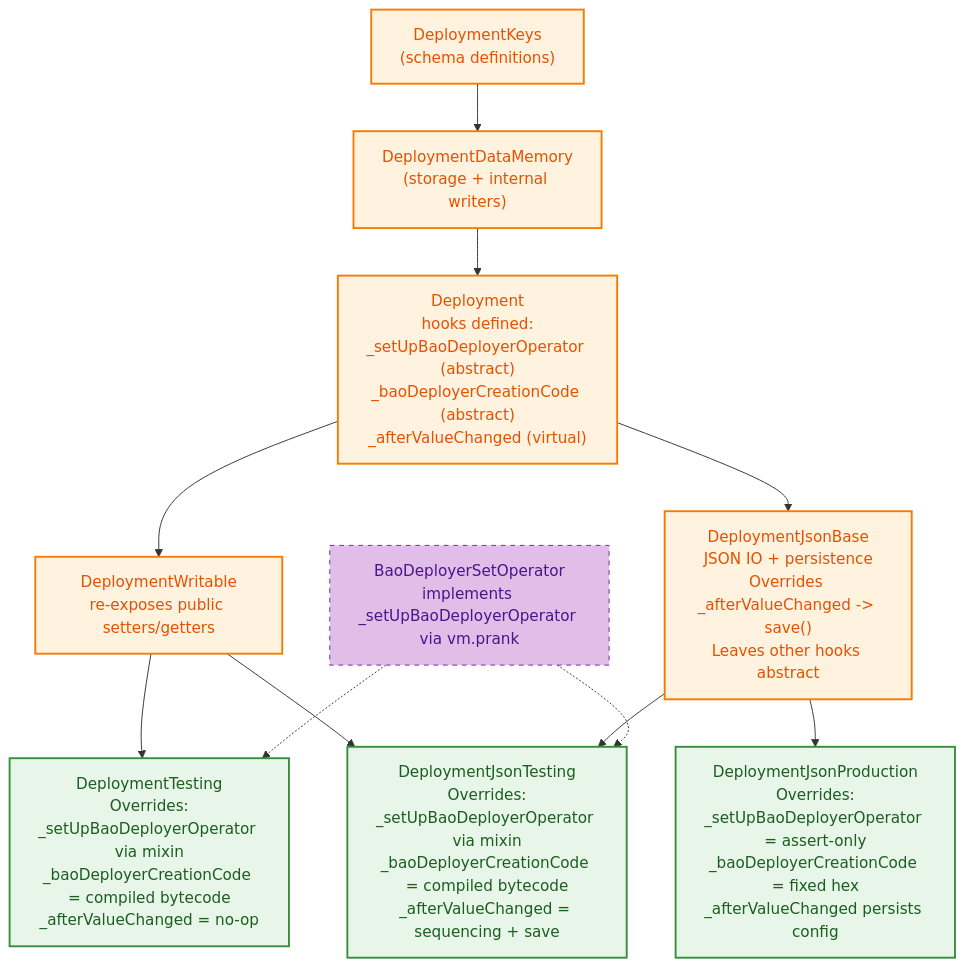
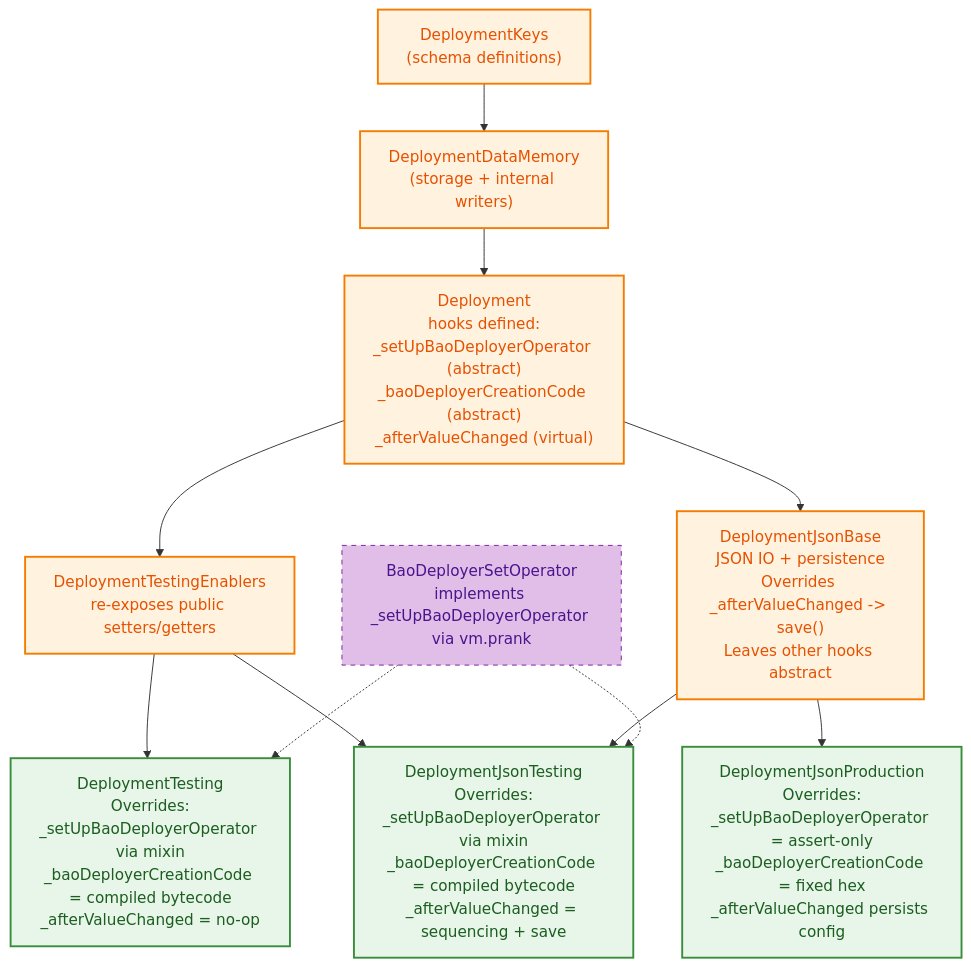
The first of 2 diagrams in doc/deployment-architecture.md (baofinance/bao-base), drawn with Mermaid before and after one commit. The commit also changed other lines of this file and 82 other files, not shown here.

Commit message:
refactored for removal of deployment data pointers extracted the CREATE3 stuff for better unit testing of BaoDeployer workflow

````diff
--- a/doc/deployment-architecture.md
+++ b/doc/deployment-architecture.md
@@ -66,21 +66,21 @@
 ```mermaid
 flowchart TB
     classDef abstract fill:#fff3e0,stroke:#f57c00,color:#e65100,stroke-width:2px;
     classDef concrete fill:#e8f5e9,stroke:#388e3c,color:#1b5e20,stroke-width:2px;
     classDef mixin fill:#e1bee7,stroke:#7b1fa2,color:#4a148c,stroke-width:1px,stroke-dasharray:5,5;
 
     DK["DeploymentKeys<br>(schema definitions)"]:::abstract --> DDM["DeploymentDataMemory<br>(storage + internal writers)"]:::abstract --> D["Deployment<br>hooks defined:<br>_setUpBaoDeployerOperator (abstract)<br>_baoDeployerCreationCode (abstract)<br>_afterValueChanged (virtual)"]:::abstract
 
-    D --> DW["DeploymentWritable<br>re-exposes public setters/getters"]:::abstract
+    D --> DW["DeploymentTestingEnablers<br>re-exposes public setters/getters"]:::abstract
     D --> DJB["DeploymentJsonBase<br>JSON IO + persistence<br>Overrides _afterValueChanged -> save()<br>Leaves other hooks abstract"]:::abstract
 
     DW --> DT["DeploymentTesting<br>Overrides:<br>_setUpBaoDeployerOperator via mixin<br>_baoDeployerCreationCode = compiled bytecode<br>_afterValueChanged = no-op"]:::concrete
     DJB --> DJP["DeploymentJsonProduction<br>Overrides:<br>_setUpBaoDeployerOperator = assert-only<br>_baoDeployerCreationCode = fixed hex<br>_afterValueChanged persists config"]:::concrete
 
-    %% Multiple inheritance order: DeploymentJsonTesting is DeploymentWritable, DeploymentJsonBase
+    %% Multiple inheritance order: DeploymentJsonTesting is DeploymentTestingEnablers, DeploymentJsonBase
     DW --> DJT
     DJB --> DJT["DeploymentJsonTesting<br>Overrides:<br>_setUpBaoDeployerOperator via mixin<br>_baoDeployerCreationCode = compiled bytecode<br>_afterValueChanged = sequencing + save"]:::concrete
 
     BDSO["BaoDeployerSetOperator<br>implements _setUpBaoDeployerOperator via vm.prank"]:::mixin -.-> DT
     BDSO -.-> DJT
 ```
````
